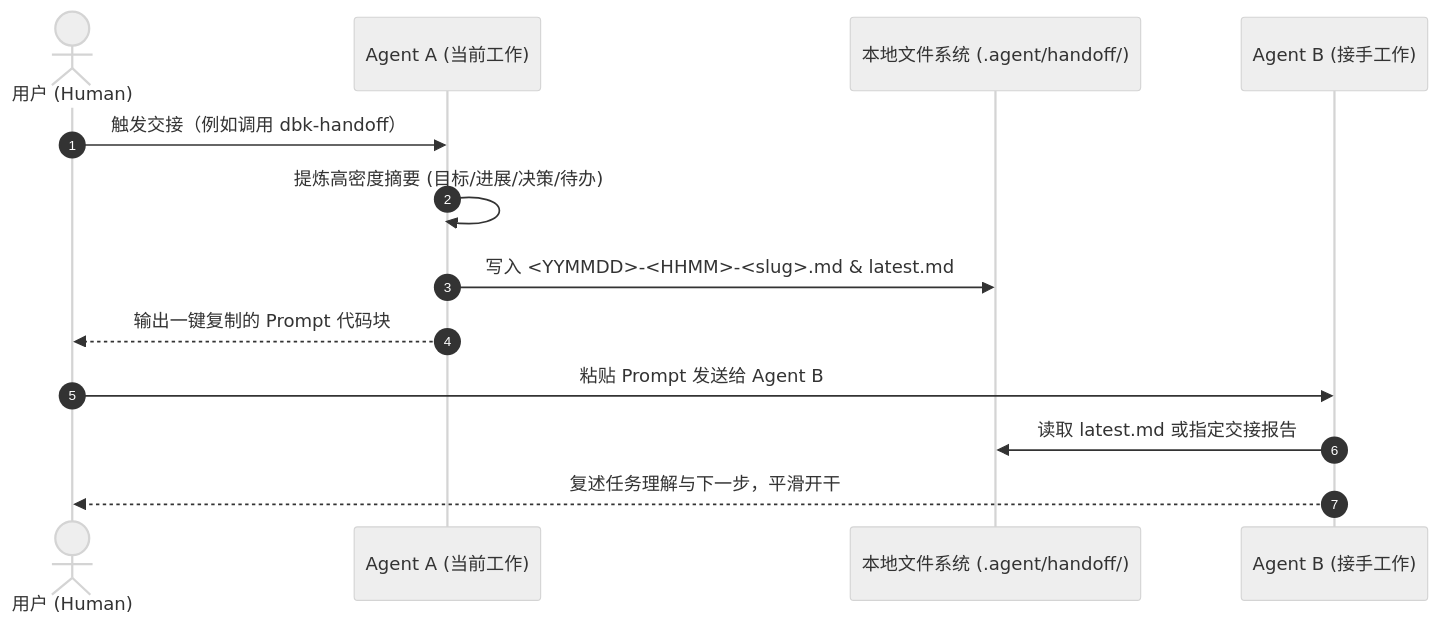
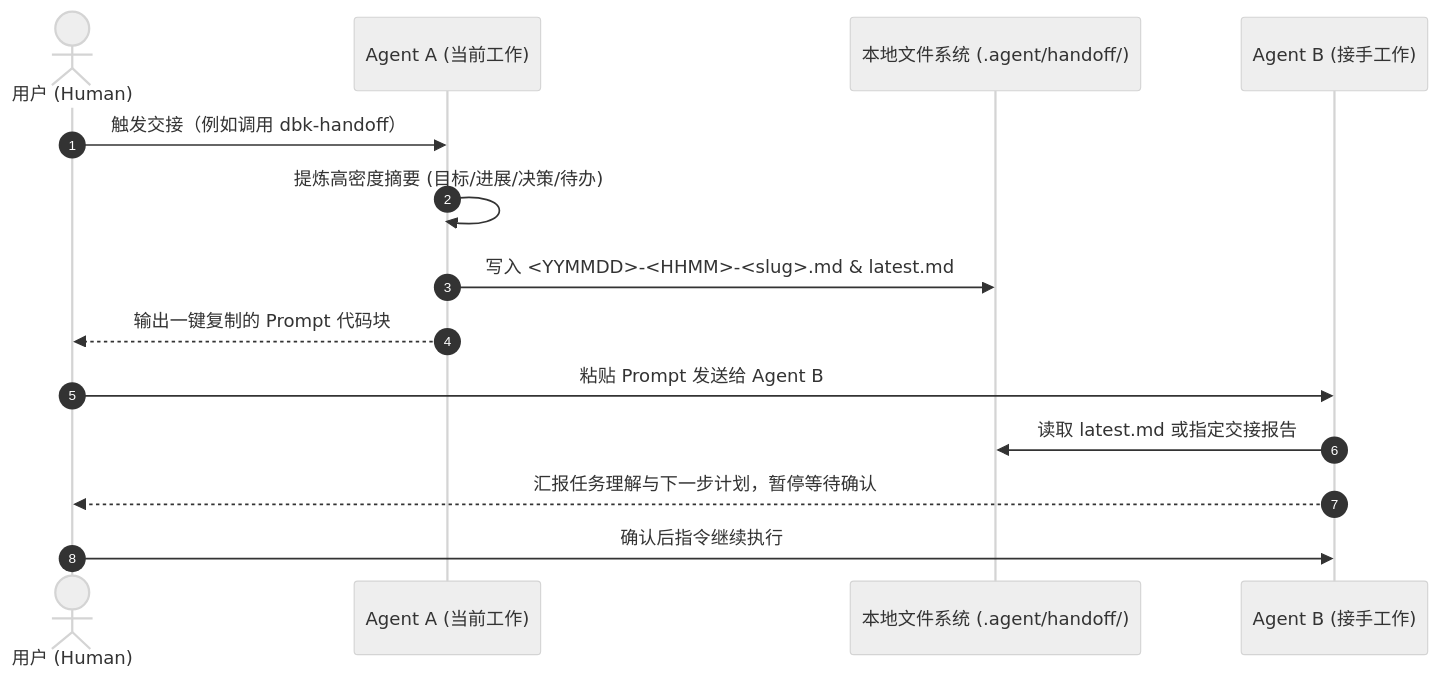
The diagram in ARCHITECTURE.md (DBinK/dbk-handoff), drawn with Mermaid (neutral theme) before and after one commit. The commit also changed other lines of this file and 4 other files, not shown here.

````diff
--- a/ARCHITECTURE.md
+++ b/ARCHITECTURE.md
@@ -83,16 +83,17 @@
 ```mermaid
 sequenceDiagram
     autonumber
     actor User as 用户 (Human)
     participant AgentA as Agent A (当前工作)
     participant Disk as 本地文件系统 (.agent/handoff/)
     participant AgentB as Agent B (接手工作)
 
     User->>AgentA: 触发交接（例如调用 dbk-handoff）
     AgentA->>AgentA: 提炼高密度摘要 (目标/进展/决策/待办)
     AgentA->>Disk: 写入 <YYMMDD>-<HHMM>-<slug>.md & latest.md
     AgentA-->>User: 输出一键复制的 Prompt 代码块
     User->>AgentB: 粘贴 Prompt 发送给 Agent B
     AgentB->>Disk: 读取 latest.md 或指定交接报告
-    AgentB-->>User: 复述任务理解与下一步，平滑开干
+    AgentB-->>User: 汇报任务理解与下一步计划，暂停等待确认
+    User->>AgentB: 确认后指令继续执行
 ```
````
